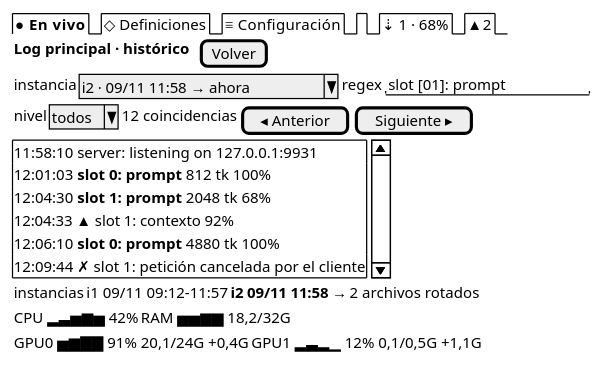
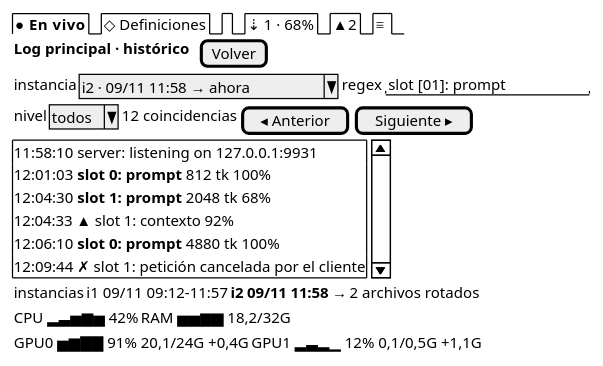
One commit to mstranich/coquena changed the diagram in docs/design/tui/I-log-historico.salt.puml. Above: the diagram before and after it, drawn with PlantUML. The commit also changed 43 other files, not shown here.

```diff
--- a/docs/design/tui/I-log-historico.salt.puml
+++ b/docs/design/tui/I-log-historico.salt.puml
@@ -1,19 +1,19 @@
 @startsalt
 {
-  {/ <b>● En vivo | ◇ Definiciones | ≡ Configuración | . | ⇣ 1 · 68% | ▲ 2 }
+  {/ <b>● En vivo | ◇ Definiciones | . | ⇣ 1 · 68% | ▲ 2 | ≡ }
   { <b>Log principal · histórico | . | [Volver] }
   { instancia | ^i2 · 09/11 11:58 → ahora^ | regex | "slot [01]: prompt   " }
   { nivel | ^todos^ | 12 coincidencias | [◂ Anterior] | [Siguiente ▸] }
   {SI
     11:58:10 server: listening on 127.0.0.1:9931
     12:01:03 <b>slot 0: prompt</b> 812 tk 100%
     12:04:30 <b>slot 1: prompt</b> 2048 tk 68%
     12:04:33 ▲ slot 1: contexto 92%
     12:06:10 <b>slot 0: prompt</b> 4880 tk 100%
     12:09:44 ✗ slot 1: petición cancelada por el cliente
   }
   { instancias | i1 09/11 09:12–11:57 | <b>i2 09/11 11:58 → | 2 archivos rotados }
   { CPU ▂▃▅▆▅ 42% | RAM ▅▅▆▆ 18,2/32G }
   { GPU0 ▅▆▇▇ 91% 20,1/24G +0,4G | GPU1 ▂▃▂▁ 12% 0,1/0,5G +1,1G }
 }
 @endsalt
```
